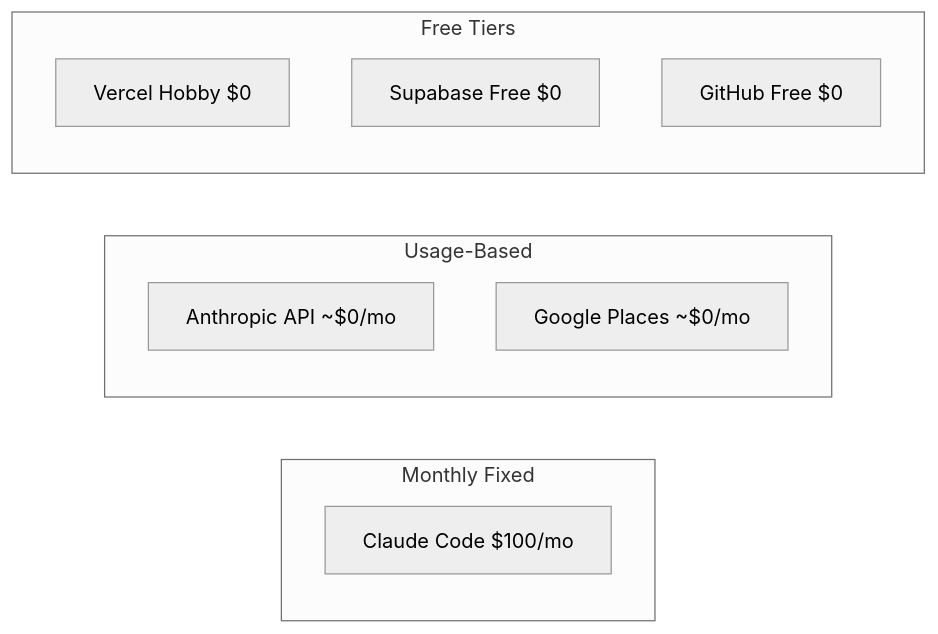
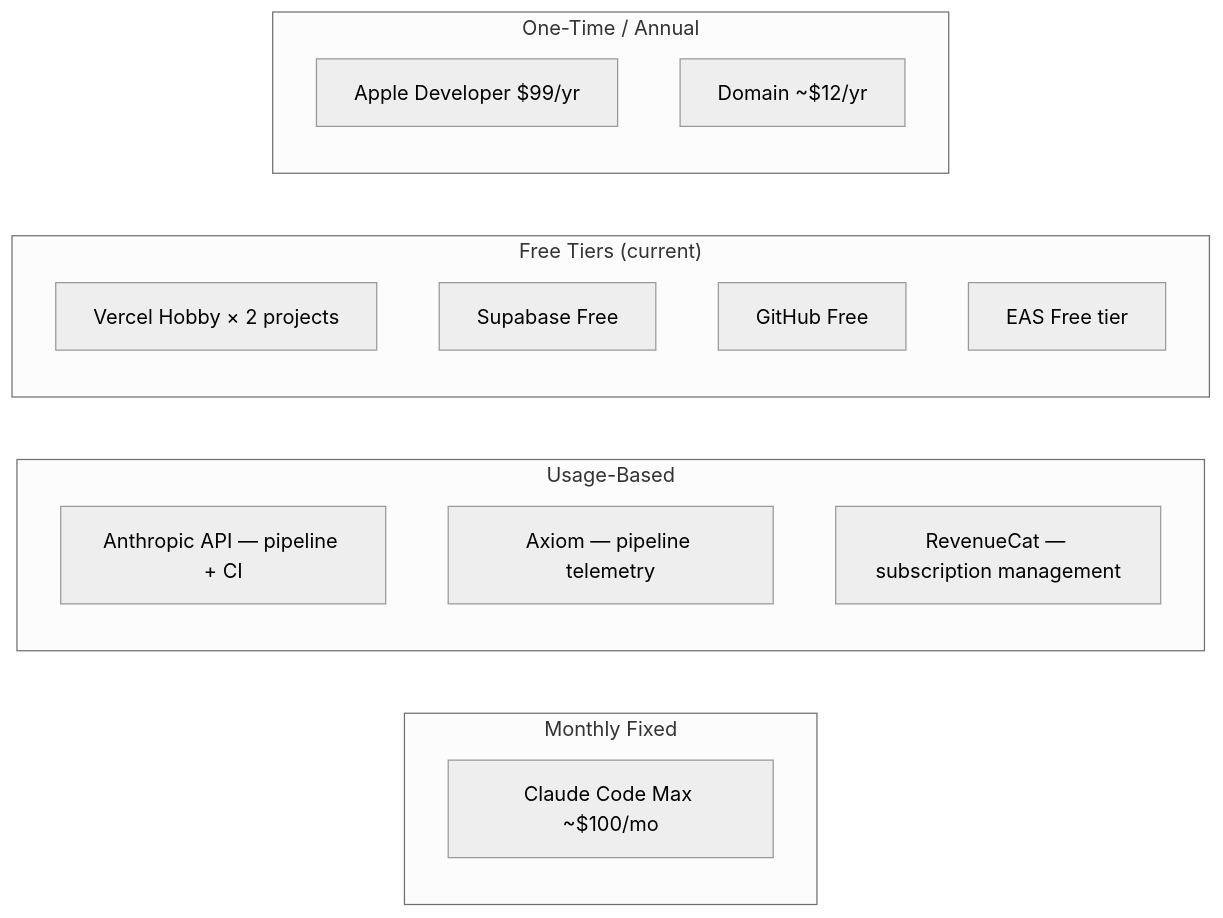
One commit to dgmolla/fitsy changed the diagram in docs/engineering/devops/costs.md. Above: the diagram before and after it, drawn with Mermaid (neutral theme). The commit also changed other lines of this file and 133 other files, not shown here.

````diff
--- a/docs/engineering/devops/costs.md
+++ b/docs/engineering/devops/costs.md
@@ -5,15 +10,21 @@
 ```mermaid
 graph LR
     subgraph "Monthly Fixed"
-        CC[Claude Code $100/mo]
+        CC[Claude Code Max ~$100/mo]
     end
     subgraph "Usage-Based"
-        ANT[Anthropic API ~$0/mo]
-        GCP[Google Places ~$0/mo]
+        ANT[Anthropic API — pipeline + CI]
+        AXM[Axiom — pipeline telemetry]
+        RC[RevenueCat — subscription management]
     end
-    subgraph "Free Tiers"
-        VCL[Vercel Hobby $0]
-        SUP[Supabase Free $0]
-        GH[GitHub Free $0]
+    subgraph "Free Tiers (current)"
+        VCL[Vercel Hobby × 2 projects]
+        SUP[Supabase Free]
+        GH[GitHub Free]
+        EAS[EAS Free tier]
+    end
+    subgraph "One-Time / Annual"
+        AAPL[Apple Developer $99/yr]
+        DOM[Domain ~$12/yr]
     end
 ```
````
